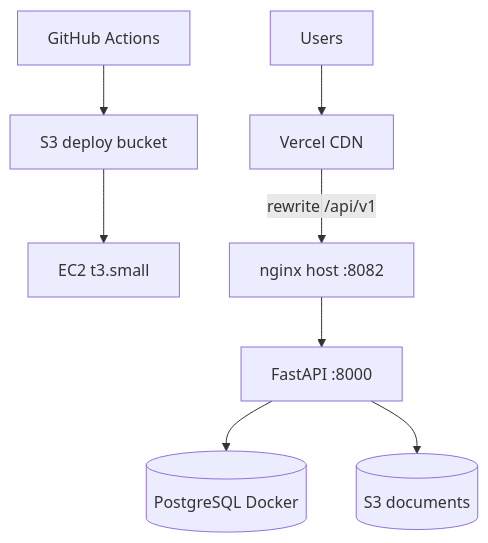
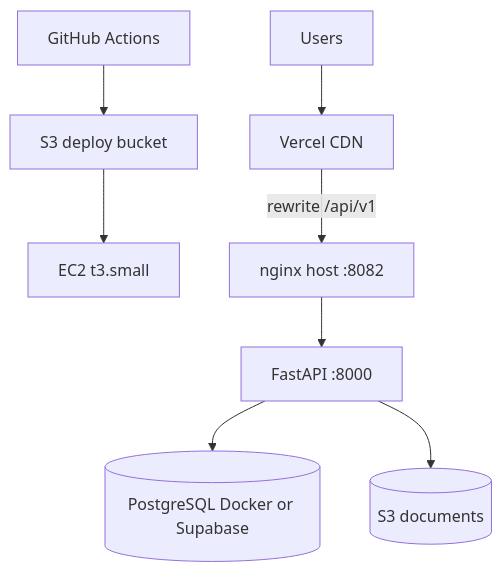
The diagram in docs/deploy/CI_CD.md (gvsharma/krishifarms-backend), drawn with Mermaid before and after one commit. The commit also changed other lines of this file and 11 other files, not shown here.

First line of the commit message:
Prepare Docker Postgres cutover to Supabase project ucvwtoziiqgmcyzxkwxe.

````diff
--- a/docs/deploy/CI_CD.md
+++ b/docs/deploy/CI_CD.md
@@ -64,19 +64,19 @@
 ```mermaid
 flowchart TB
   User[Users]
   Vercel[Vercel CDN]
   EC2[EC2 t3.small]
   NGINX[nginx host :8082]
   API[FastAPI :8000]
-  PG[(PostgreSQL Docker)]
+  PG[(PostgreSQL Docker or Supabase)]
   S3[(S3 documents)]
   GHA[GitHub Actions]
   S3Deploy[S3 deploy bucket]
 
   User --> Vercel
   Vercel -->|rewrite /api/v1| NGINX
   GHA --> S3Deploy --> EC2
   NGINX --> API
   API --> PG
   API --> S3
 ```
````
